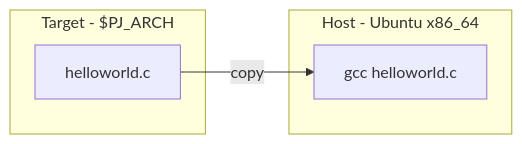
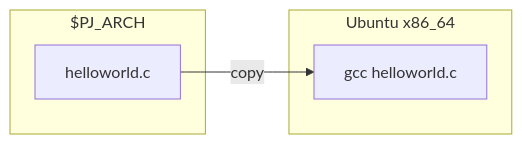
One commit to lankahsu520/CrossCompilationX changed diagram 12 of 12 in README.md. Above: the diagram before and after it, drawn with Mermaid. The commit also changed other lines of this file, not shown here.

Commit message:
update README.md, remove "Host - ","Target -"

````diff
--- a/README.md
+++ b/README.md
@@ -517,12 +517,12 @@
 ```mermaid
 flowchart LR
-	subgraph Target[Target - $PJ_ARCH]
+	subgraph Target[$PJ_ARCH]
 		helloworld-arm64[helloworld.c]
 	end
 
-	subgraph Host[Host - Ubuntu x86_64]
+	subgraph Host[Ubuntu x86_64]
 		helloworld[gcc helloworld.c]
 	end
 
 	helloworld-arm64 --> |copy|helloworld
 ```
````
